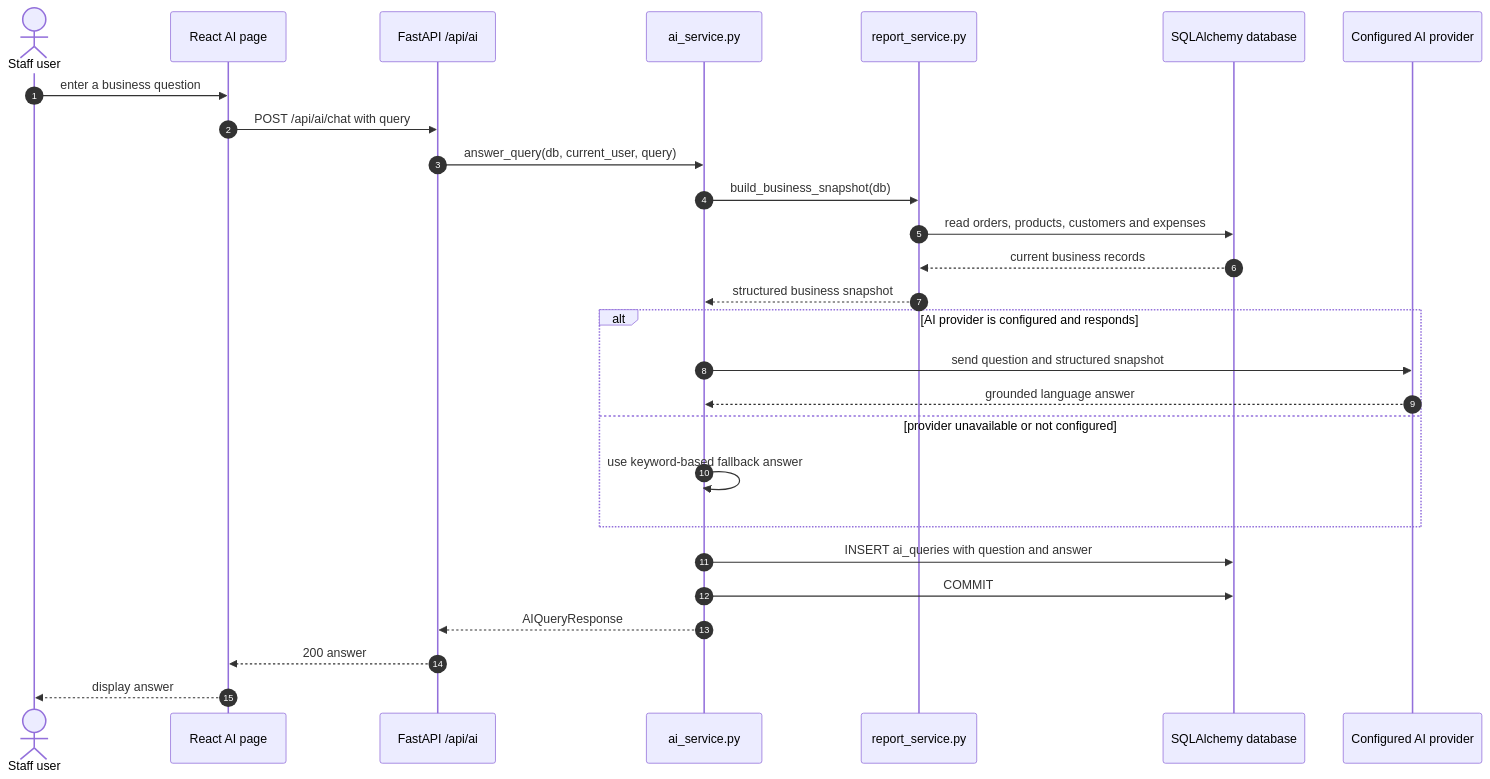
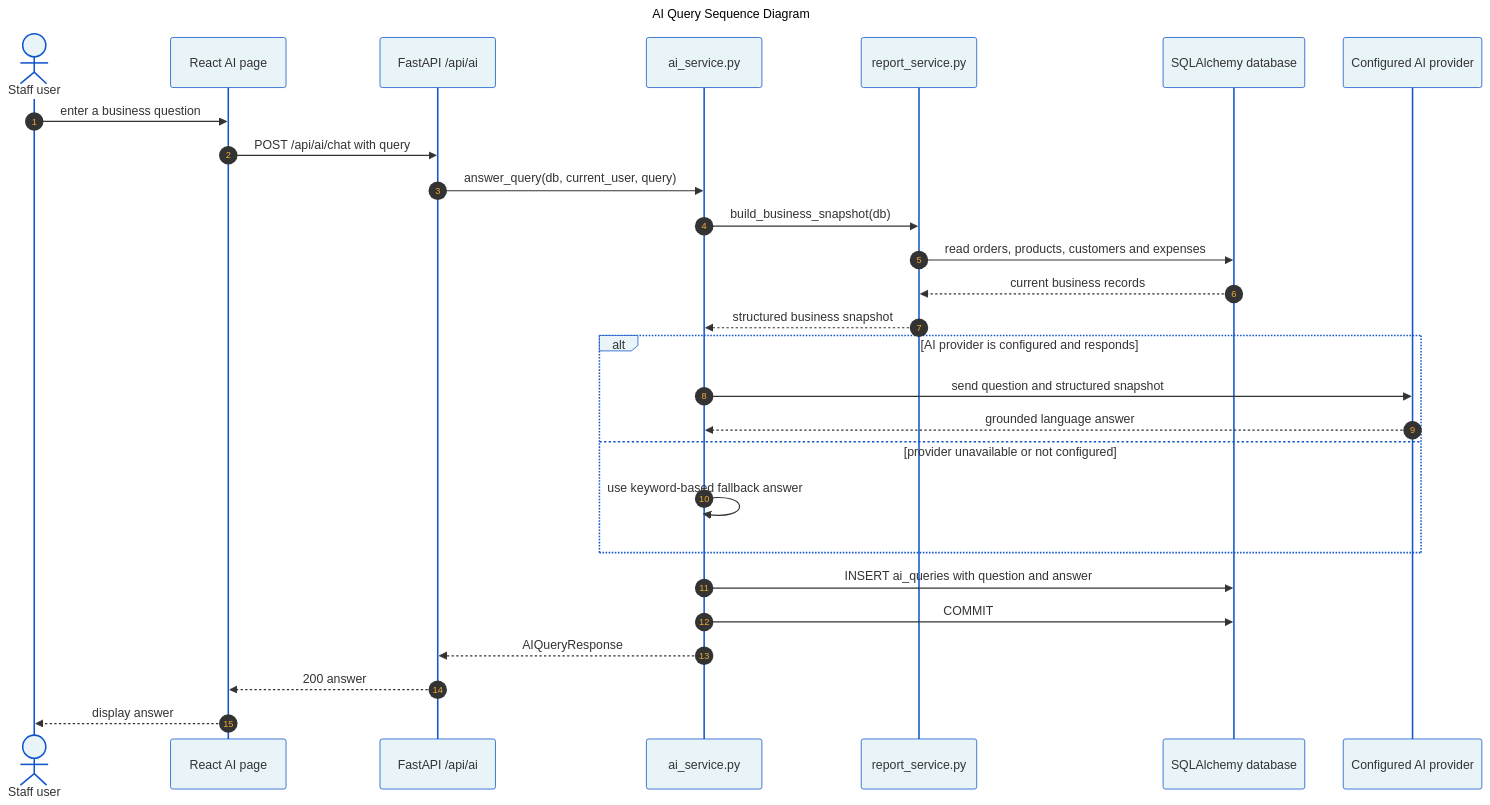
One commit to hyperS777/BizAI changed the diagram in docs/design-diagrams/08-sequence-ai-query.mmd. Above: the diagram before and after it, drawn with Mermaid. The commit also changed 22 other files, not shown here.

First line of the commit message:
docs: correct all 12 Mermaid diagram sources to match implementation

```diff
--- a/docs/design-diagrams/08-sequence-ai-query.mmd
+++ b/docs/design-diagrams/08-sequence-ai-query.mmd
@@ -1,30 +1,34 @@
+---
+title: AI Query Sequence Diagram
+---
+%%{init: {'theme': 'base', 'themeVariables': {'primaryColor': '#ffffff', 'primaryBorderColor': '#1155cc', 'lineColor': '#1155cc', 'textColor': '#000000', 'fontFamily': 'sans-serif', 'actorBkg': '#e8f4f8', 'actorBorder': '#1155cc', 'signalColor': '#333333', 'signalTextColor': '#333333'}}}%%
 sequenceDiagram
     autonumber
     actor U as Staff user
     participant FE as React AI page
     participant API as FastAPI /api/ai
     participant AS as ai_service.py
     participant RS as report_service.py
     participant DB as SQLAlchemy database
     participant PROVIDER as Configured AI provider
 
     U->>FE: enter a business question
     FE->>API: POST /api/ai/chat with query
     API->>AS: answer_query(db, current_user, query)
     AS->>RS: build_business_snapshot(db)
     RS->>DB: read orders, products, customers and expenses
     DB-->>RS: current business records
     RS-->>AS: structured business snapshot
 
     alt AI provider is configured and responds
         AS->>PROVIDER: send question and structured snapshot
         PROVIDER-->>AS: grounded language answer
     else provider unavailable or not configured
         AS->>AS: use keyword-based fallback answer
     end
 
     AS->>DB: INSERT ai_queries with question and answer
     AS->>DB: COMMIT
     AS-->>API: AIQueryResponse
     API-->>FE: 200 answer
     FE-->>U: display answer
```
